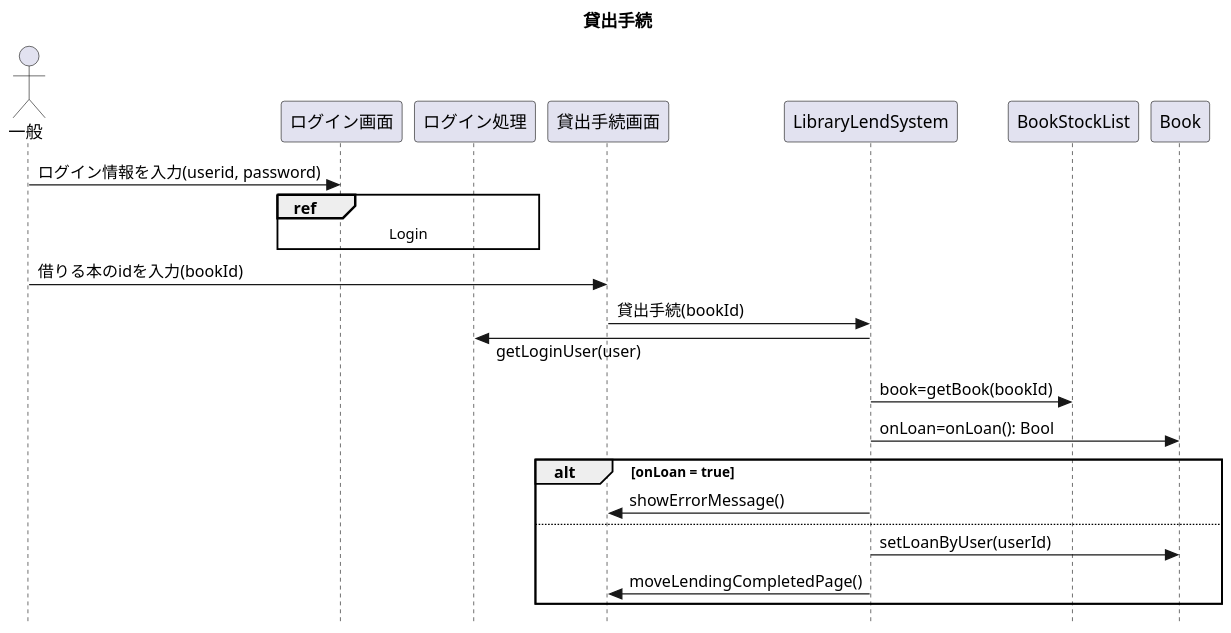
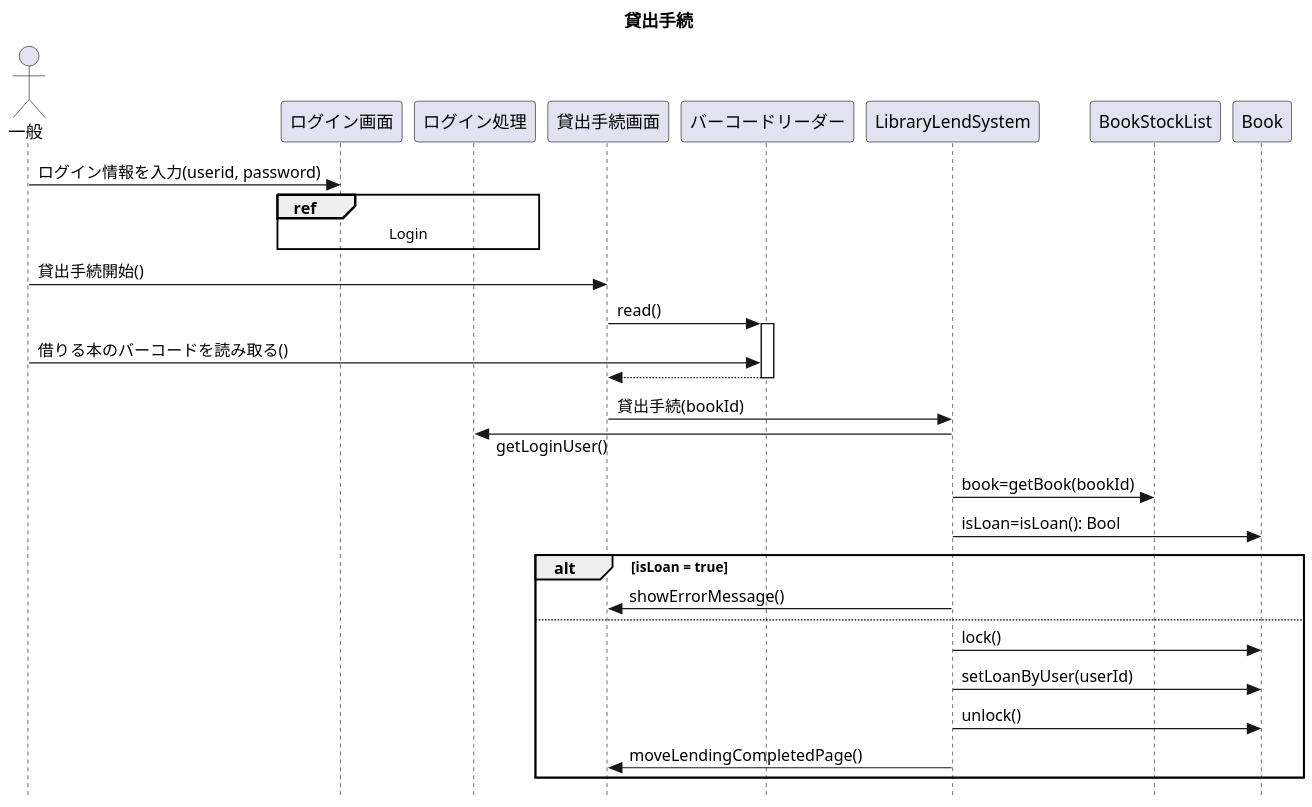
One commit to Romira915/AdvancedSoftwareEngineering3-Task changed the third of 5 diagrams in sequence.pu. Above: the diagram before and after it, drawn with PlantUML. The commit also changed other lines of this file, not shown here.

```diff
--- a/sequence.pu
+++ b/sequence.pu
@@ -77,31 +77,40 @@
 @startuml 貸出手続
 
 title 貸出手続
 skinparam dpi 150
 skinparam responseMessageBelowArrow true
 skinparam style strictuml
 
 actor 一般 as user
 participant ログイン画面 as LoginDisplay
 participant ログイン処理 as LoginProcess
 participant 貸出手続画面 as LendingDisplay
+participant バーコードリーダー as BarcodeReader
 participant LibraryLendSystem
 
 user -> LoginDisplay : ログイン情報を入力(userid, password)
 ref over LoginDisplay, LoginProcess : Login
 
-user -> LendingDisplay : 借りる本のidを入力(bookId)
+user -> LendingDisplay : 貸出手続開始()
+LendingDisplay -> BarcodeReader : read()
+activate BarcodeReader
+user -> BarcodeReader : 借りる本のバーコードを読み取る()
+LendingDisplay <-- BarcodeReader
+deactivate
+
 LendingDisplay -> LibraryLendSystem : 貸出手続(bookId)
-LoginProcess <- LibraryLendSystem : getLoginUser(user)
+LoginProcess <- LibraryLendSystem : getLoginUser()
 
 LibraryLendSystem -> BookStockList : book=getBook(bookId)
-LibraryLendSystem -> Book : onLoan=onLoan(): Bool
+LibraryLendSystem -> Book : isLoan=isLoan(): Bool
 
-alt onLoan = true
+alt isLoan = true
     LibraryLendSystem -> LendingDisplay : showErrorMessage()
 else 
+    LibraryLendSystem -> Book : lock()
     LibraryLendSystem -> Book : setLoanByUser(userId)
+    LibraryLendSystem -> Book : unlock()
     LibraryLendSystem -> LendingDisplay : moveLendingCompletedPage()
 end
 
 @enduml 
```
